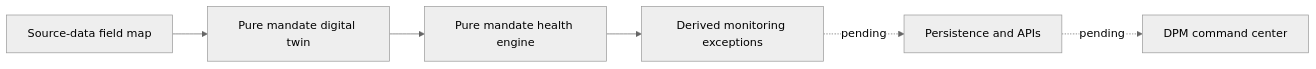
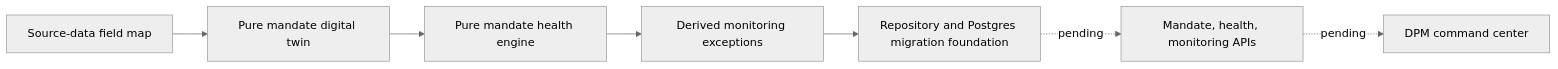
The second of 2 diagrams in wiki/Roadmap.md (sgajbi/lotus-manage), drawn with Mermaid (neutral theme) before and after one commit. The commit also changed other lines of this file and 13 other files, not shown here.

Commit message:
feat: add mandate persistence foundation

````diff
--- a/wiki/Roadmap.md
+++ b/wiki/Roadmap.md
@@ -84,8 +84,9 @@
 ```mermaid
 flowchart LR
     FieldMap[Source-data field map] --> Twin[Pure mandate digital twin]
     Twin --> Health[Pure mandate health engine]
     Health --> Exceptions[Derived monitoring exceptions]
-    Exceptions -. pending .-> Persistence[Persistence and APIs]
-    Persistence -. pending .-> Command[DPM command center]
+    Exceptions --> Persistence[Repository and Postgres migration foundation]
+    Persistence -. pending .-> APIs[Mandate, health, monitoring APIs]
+    APIs -. pending .-> Command[DPM command center]
 ```
````
